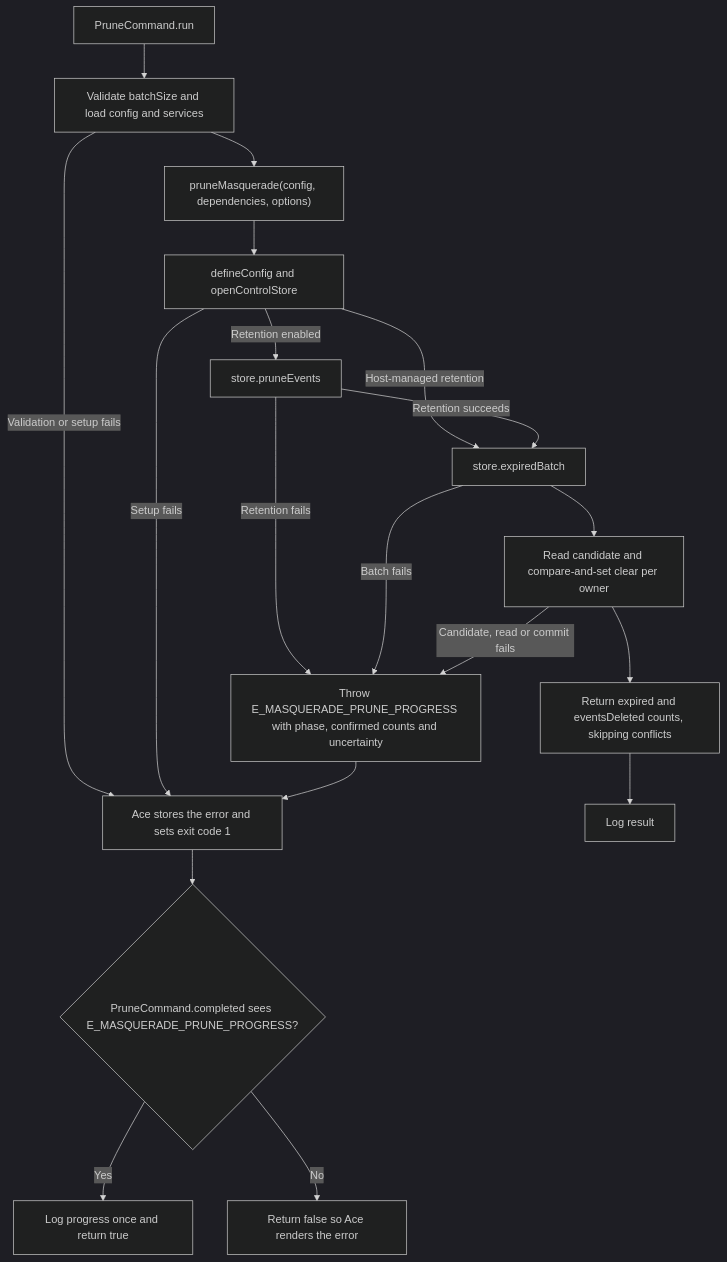
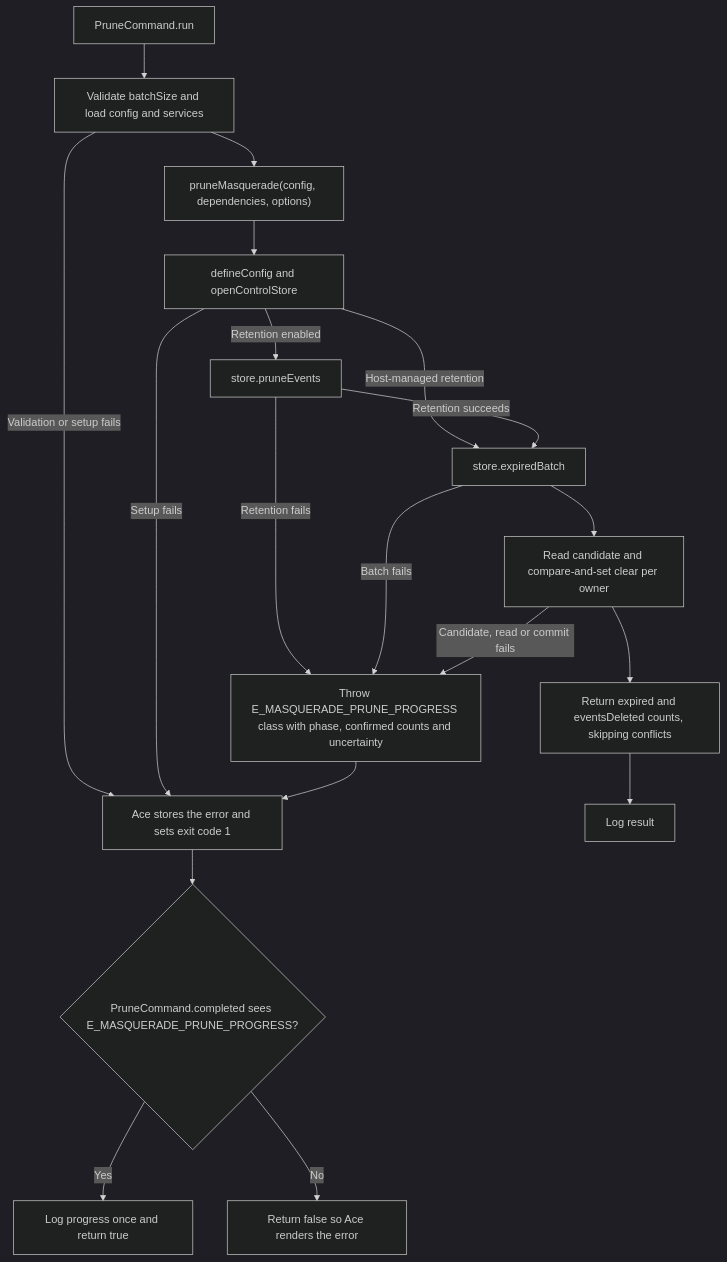
Before and after one commit to Kevinjohn/oss-adonisjs-masquerade: the second of 2 diagrams in user-stories/expire-retain-modes/us-ops-03-expire-retain-modes.md, drawn with Mermaid (dark theme). The commit also changed other lines of this file and 14 other files, not shown here.

````diff
--- a/user-stories/expire-retain-modes/us-ops-03-expire-retain-modes.md
+++ b/user-stories/expire-retain-modes/us-ops-03-expire-retain-modes.md
@@ -39,21 +40,21 @@
 ```mermaid
 flowchart TD
     A["PruneCommand.run"] --> B["Validate batchSize and load config and services"]
     B --> C["pruneMasquerade(config, dependencies, options)"]
     C --> D["defineConfig and openControlStore"]
     B -->|Validation or setup fails| Y["Ace stores the error and sets exit code 1"]
     D -->|Setup fails| Y
     D -->|Retention enabled| E["store.pruneEvents"]
     D -->|Host-managed retention| F["store.expiredBatch"]
     E -->|Retention succeeds| F
-    E -->|Retention fails| X["Throw E_MASQUERADE_PRUNE_PROGRESS with phase, confirmed counts and uncertainty"]
+    E -->|Retention fails| X["Throw E_MASQUERADE_PRUNE_PROGRESS class with phase, confirmed counts and uncertainty"]
     F -->|Batch fails| X
     F --> G["Read candidate and compare-and-set clear per owner"]
     G --> H["Return expired and eventsDeleted counts, skipping conflicts"]
     G -->|Candidate, read or commit fails| X
     H --> I["Log result"]
     X --> Y
     Y --> Z{"PruneCommand.completed sees E_MASQUERADE_PRUNE_PROGRESS?"}
     Z -->|Yes| P["Log progress once and return true"]
     Z -->|No| Q["Return false so Ace renders the error"]
 ```
````
